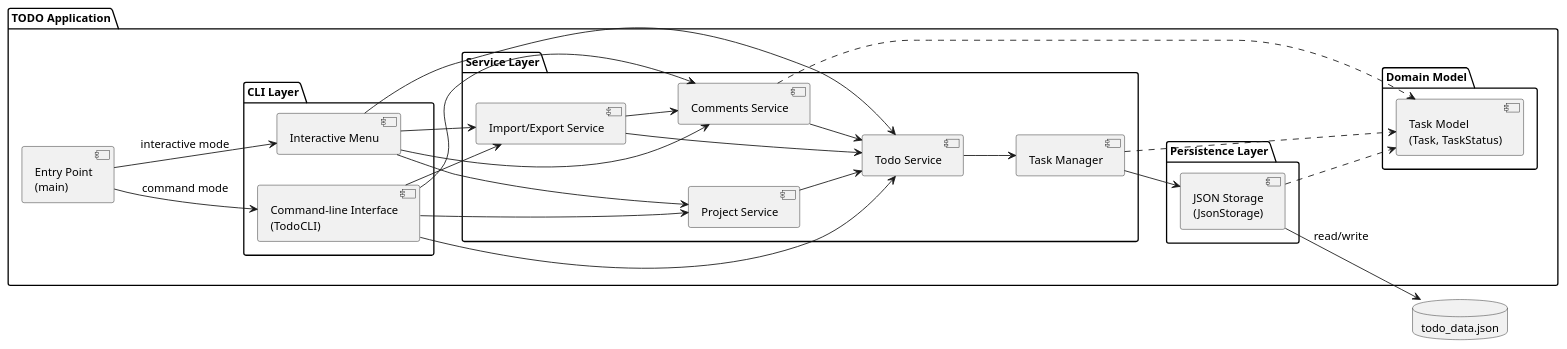
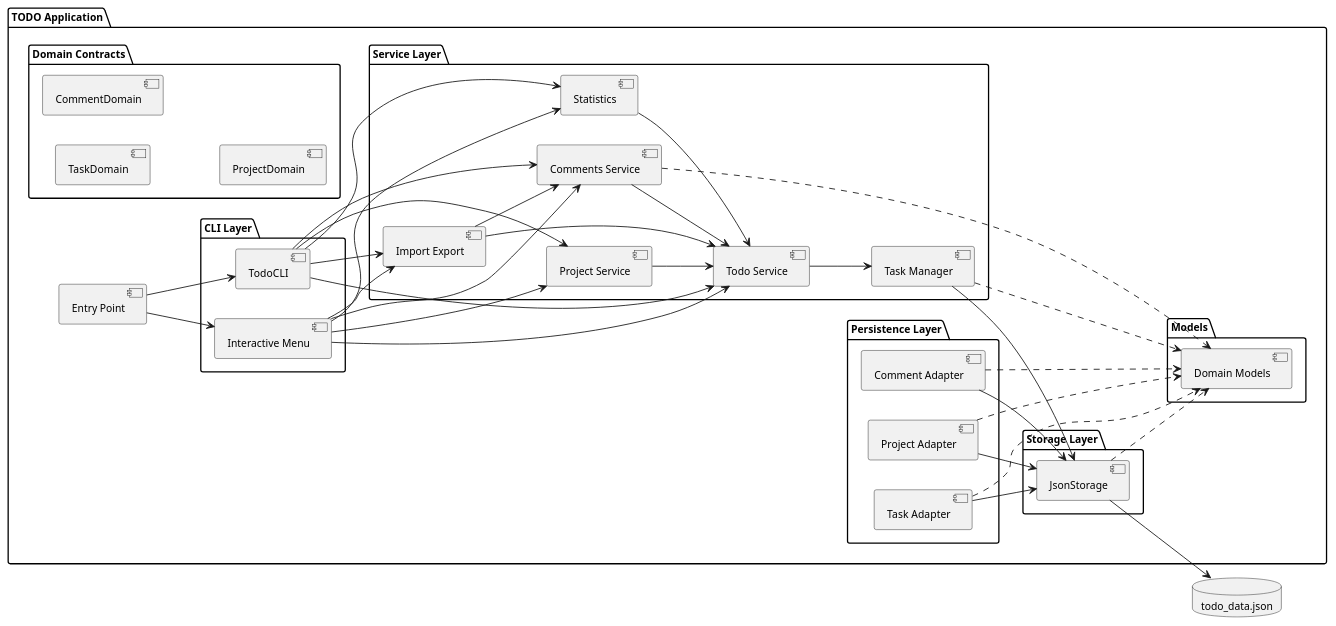
Before and after one commit to DanielRiha8906/Software_autoevolution_using_agents: the diagram in experiments/broadcast/test_driven/TODO/artifacts/component_diagram.puml, drawn with PlantUML. The commit also changed 8 other files, not shown here.

First line of the commit message:
Task 09: Refactor TODO manager into clearly separated components

```diff
--- a/experiments/broadcast/test_driven/TODO/artifacts/component_diagram.puml
+++ b/experiments/broadcast/test_driven/TODO/artifacts/component_diagram.puml
@@ -1,61 +1,84 @@
 @startuml component_diagram
 
 skinparam componentStyle uml2
-skinparam defaultFontSize 13
+skinparam defaultFontSize 12
 
 left to right direction
 
 package "TODO Application" {
 
-    component "Entry Point\n(main)" as Main
+    component "Entry Point" as Main
 
     package "CLI Layer" {
         component "Interactive Menu" as IM
-        component "Command-line Interface\n(TodoCLI)" as CLI
+        component "TodoCLI" as CLI
     }
 
     package "Service Layer" {
         component "Todo Service" as SVC
         component "Task Manager" as MGR
         component "Project Service" as PS
         component "Comments Service" as CS
-        component "Import/Export Service" as IES
+        component "Import Export" as IES
+        component "Statistics" as SS
     }
 
-    package "Domain Model" {
-        component "Task Model\n(Task, TaskStatus)" as Model
+    package "Domain Contracts" {
+        component "TaskDomain" as TD
+        component "CommentDomain" as CD
+        component "ProjectDomain" as PD
     }
 
     package "Persistence Layer" {
-        component "JSON Storage\n(JsonStorage)" as Storage
+        component "Task Adapter" as TA
+        component "Comment Adapter" as CA
+        component "Project Adapter" as PA
+    }
+
+    package "Storage Layer" {
+        component "JsonStorage" as Storage
+    }
+
+    package "Models" {
+        component "Domain Models" as DM
     }
 }
 
 database "todo_data.json" as DB
 
-Main --> IM : interactive mode
-Main --> CLI : command mode
+Main --> IM
+Main --> CLI
 
 IM --> SVC
 IM --> PS
 IM --> CS
 IM --> IES
+IM --> SS
 CLI --> SVC
 CLI --> PS
 CLI --> CS
 CLI --> IES
+CLI --> SS
 
 SVC --> MGR
 PS --> SVC
 CS --> SVC
 IES --> SVC
 IES --> CS
+SS --> SVC
 
 MGR --> Storage
-MGR ..> Model
-Storage ..> Model
-CS ..> Model
+TA --> Storage
+CA --> Storage
+PA --> Storage
 
-Storage --> DB : read/write
+MGR ..> DM
+CS ..> DM
+TA ..> DM
+CA ..> DM
+PA ..> DM
+Storage ..> DM
+
+Storage --> DB
 
 @enduml
```
